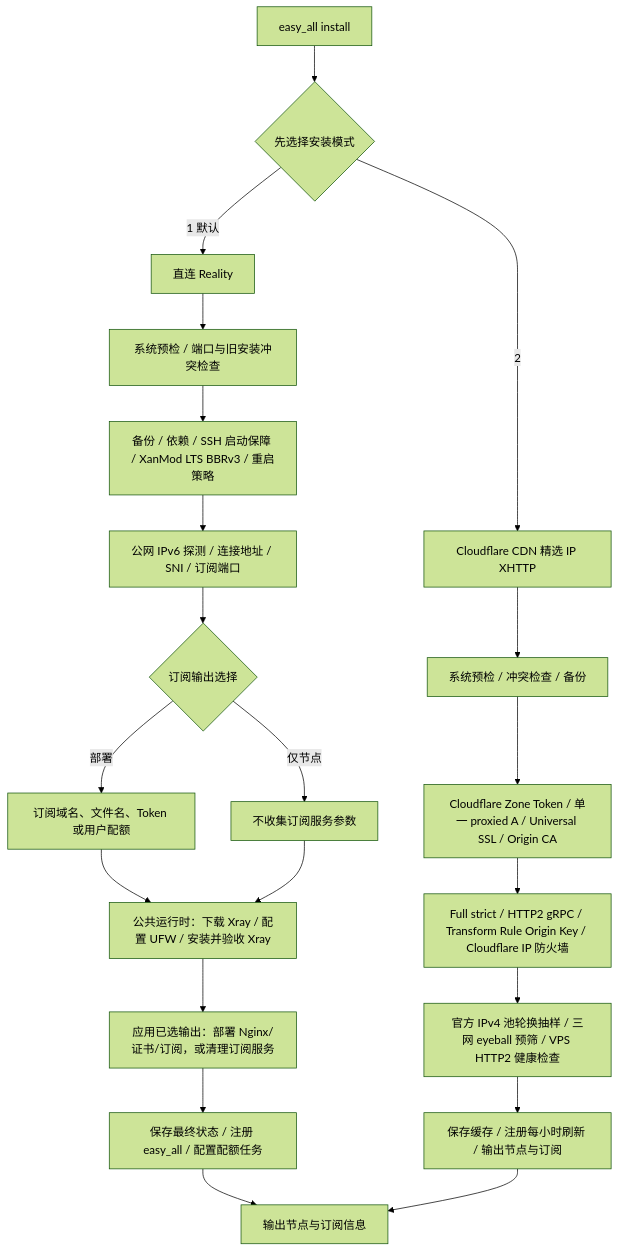
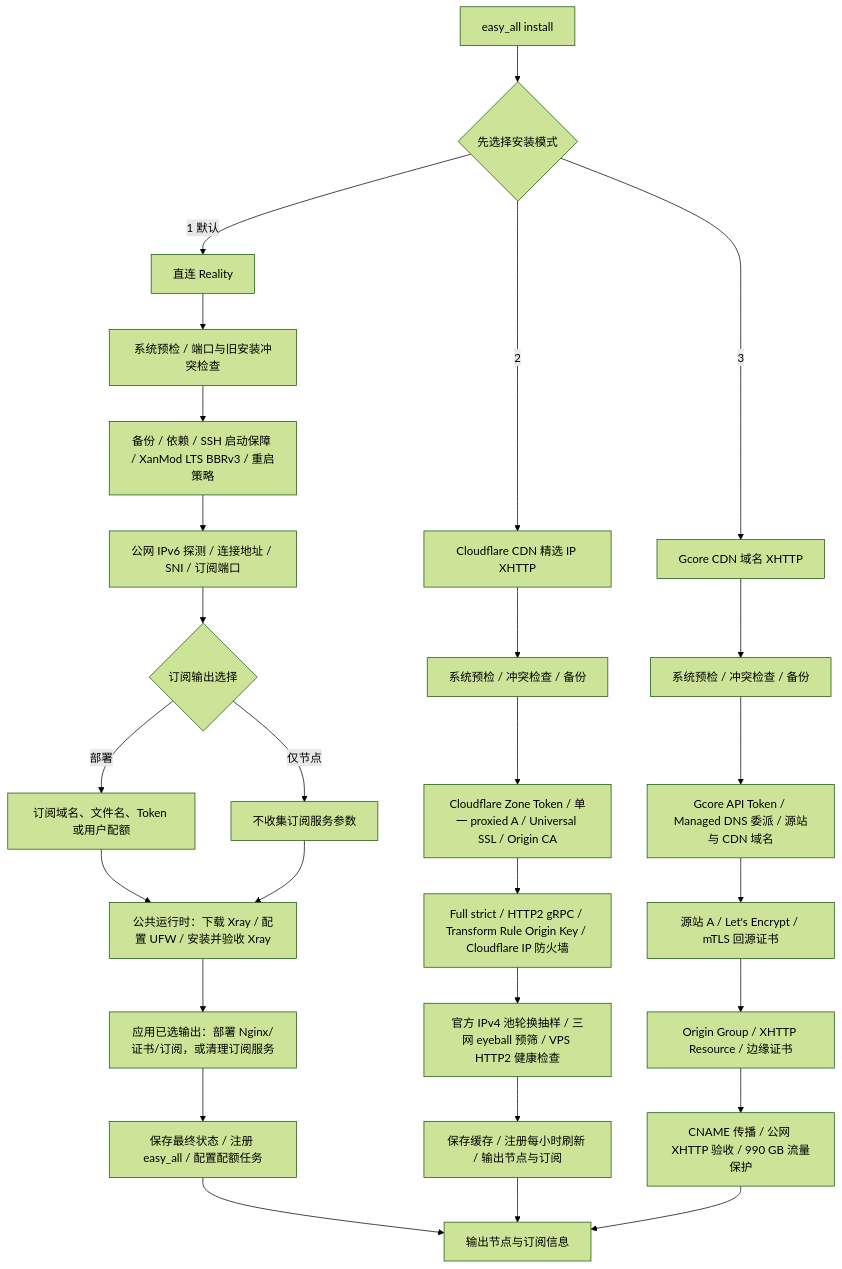
One commit to v2yiz/easy_all changed the diagram in README.md. Above: the diagram before and after it, drawn with Mermaid (forest theme). The commit also changed other lines of this file, not shown here.

Commit message:
补齐 Gcore 安装流程、交互参数与卸载说明

````diff
--- a/README.md
+++ b/README.md
@@ -214,26 +214,34 @@
 ```mermaid
 flowchart TD
     A[easy_all install] --> B{先选择安装模式}
 
     B -->|1 默认| R0[直连 Reality]
     R0 --> R1[系统预检 / 端口与旧安装冲突检查]
     R1 --> R2[备份 / 依赖 / SSH 启动保障 / XanMod LTS BBRv3 / 重启策略]
     R2 --> R3[公网 IPv6 探测 / 连接地址 / SNI / 订阅端口]
     R3 --> R4{订阅输出选择}
     R4 -->|部署| R5[订阅域名、文件名、Token 或用户配额]
     R4 -->|仅节点| R6[不收集订阅服务参数]
     R5 --> R7[公共运行时：下载 Xray / 配置 UFW / 安装并验收 Xray]
     R6 --> R7
     R7 --> R8[应用已选输出：部署 Nginx/证书/订阅，或清理订阅服务]
     R8 --> R9[保存最终状态 / 注册 easy_all / 配置配额任务]
     R9 --> Z[输出节点与订阅信息]
 
     B -->|2| C0[Cloudflare CDN 精选 IP XHTTP]
     C0 --> C1[系统预检 / 冲突检查 / 备份]
     C1 --> C2[Cloudflare Zone Token / 单一 proxied A / Universal SSL / Origin CA]
     C2 --> C3[Full strict / HTTP2 gRPC / Transform Rule Origin Key / Cloudflare IP 防火墙]
     C3 --> C4[官方 IPv4 池轮换抽样 / 三网 eyeball 预筛 / VPS HTTP2 健康检查]
     C4 --> C5[保存缓存 / 注册每小时刷新 / 输出节点与订阅]
     C5 --> Z
 
+    B -->|3| G0[Gcore CDN 域名 XHTTP]
+    G0 --> G1[系统预检 / 冲突检查 / 备份]
+    G1 --> G2[Gcore API Token / Managed DNS 委派 / 源站与 CDN 域名]
+    G2 --> G3[源站 A / Let's Encrypt / mTLS 回源证书]
+    G3 --> G4[Origin Group / XHTTP Resource / 边缘证书]
+    G4 --> G5[CNAME 传播 / 公网 XHTTP 验收 / 990 GB 流量保护]
+    G5 --> Z
+
 ```
````
